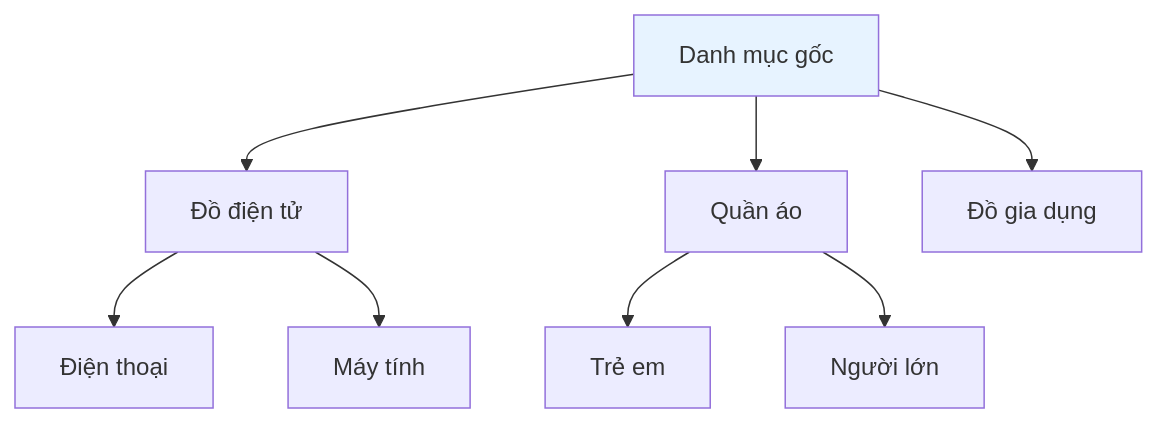
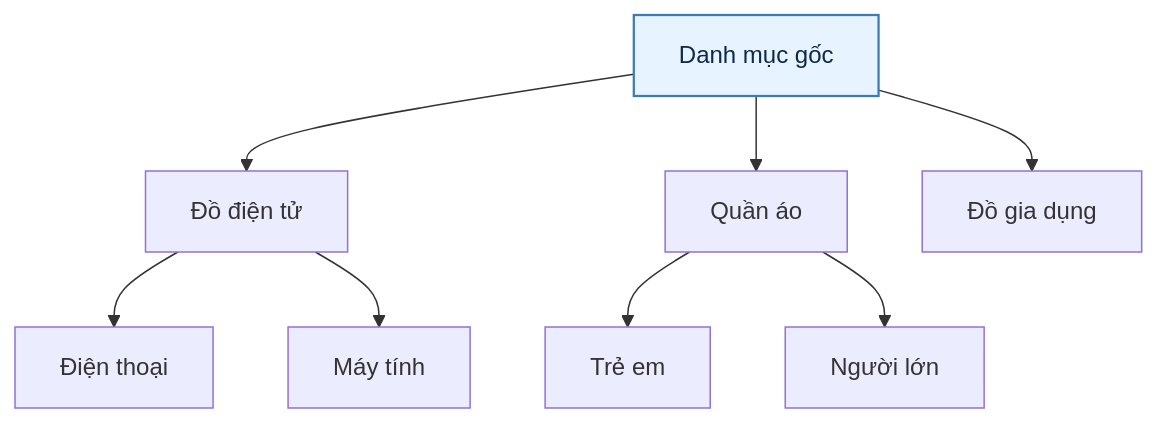
One commit to fdshn/trueheart changed the first of 3 diagrams in docs/diagram/22-category.md. Above: the diagram before and after it, drawn with Mermaid. The commit also changed other lines of this file and 30 other files, not shown here.

First line of the commit message:
docs(diagram): chữ trong khối tô màu đọc được ở cả giao diện sáng và tối

````diff
--- a/docs/diagram/22-category.md
+++ b/docs/diagram/22-category.md
@@ -7,12 +7,12 @@
 ```mermaid
 flowchart TD
     R["Danh mục gốc"] --> A["Đồ điện tử"]
     R --> B["Quần áo"]
     R --> C["Đồ gia dụng"]
     A --> A1["Điện thoại"]
     A --> A2["Máy tính"]
     B --> B1["Trẻ em"]
     B --> B2["Người lớn"]
 
-    style R fill:#e7f3ff
+    style R fill:#e7f3ff,stroke:#3d7ab8,stroke-width:1.5px,color:#0d2a4a
 ```
````
